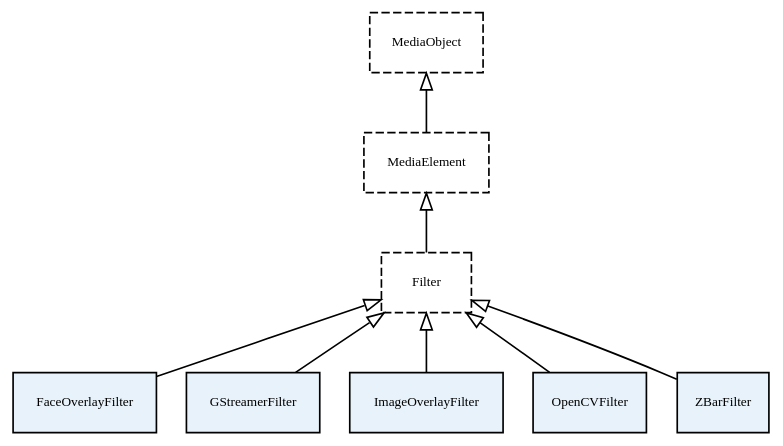
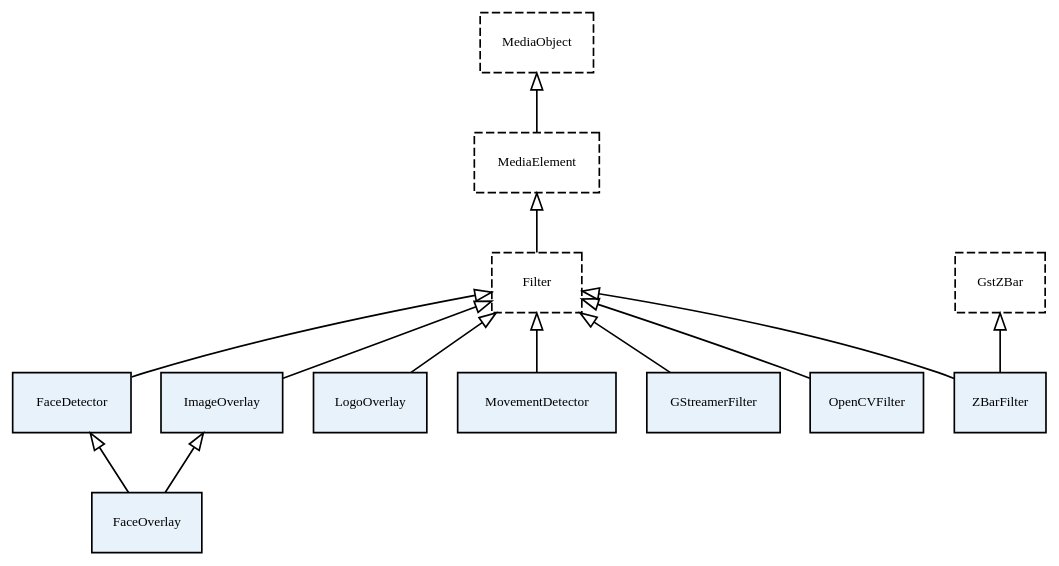
One commit to Kurento/doc-kurento-readthedocs changed the diagram in source/images/graphs/filters.dot. Above: the diagram before and after it, drawn with Graphviz. The commit also changed 655 other files, not shown here.

```diff
--- a/source/images/graphs/filters.dot
+++ b/source/images/graphs/filters.dot
@@ -1,33 +1,34 @@
 digraph filters {
   bgcolor = "transparent";
   fontname = "Bitstream Vera Sans";
   fontsize = 8;
   size = "12,8";
 
   edge [
     arrowtail = "empty";
     dir = "back";
-    fontname = "Bitstream Vera Sans";
-    fontsize = 8;
   ]
 
   node [
     fillcolor = "#E7F2FA";
     fontname = "Bitstream Vera Sans";
     fontsize = 8;
     shape = "rect";
     style = "dashed";
   ]
 
-  "MediaObject" -> "MediaElement";
-
-  "MediaElement" -> "Filter";
+  "MediaObject" -> "MediaElement" -> "Filter";
+  "GstZBar"
 
   node [ style = "filled" ]
 
-  "Filter" -> "FaceOverlayFilter";
+  "Filter" -> "FaceDetector" -> "FaceOverlay";
+  "Filter" -> "ImageOverlay" -> "FaceOverlay";
+  "Filter" -> "LogoOverlay";
+  "Filter" -> "MovementDetector";
   "Filter" -> "GStreamerFilter";
-  "Filter" -> "ImageOverlayFilter";
   "Filter" -> "OpenCVFilter";
+
   "Filter" -> "ZBarFilter";
+  "GstZBar" -> "ZBarFilter";
 }
```
